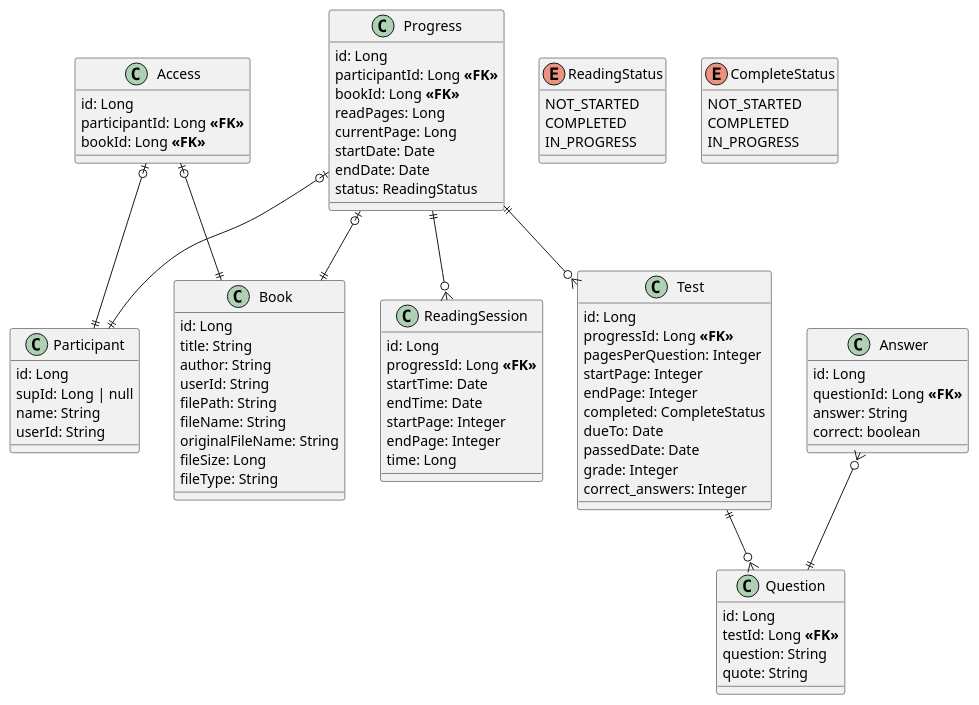
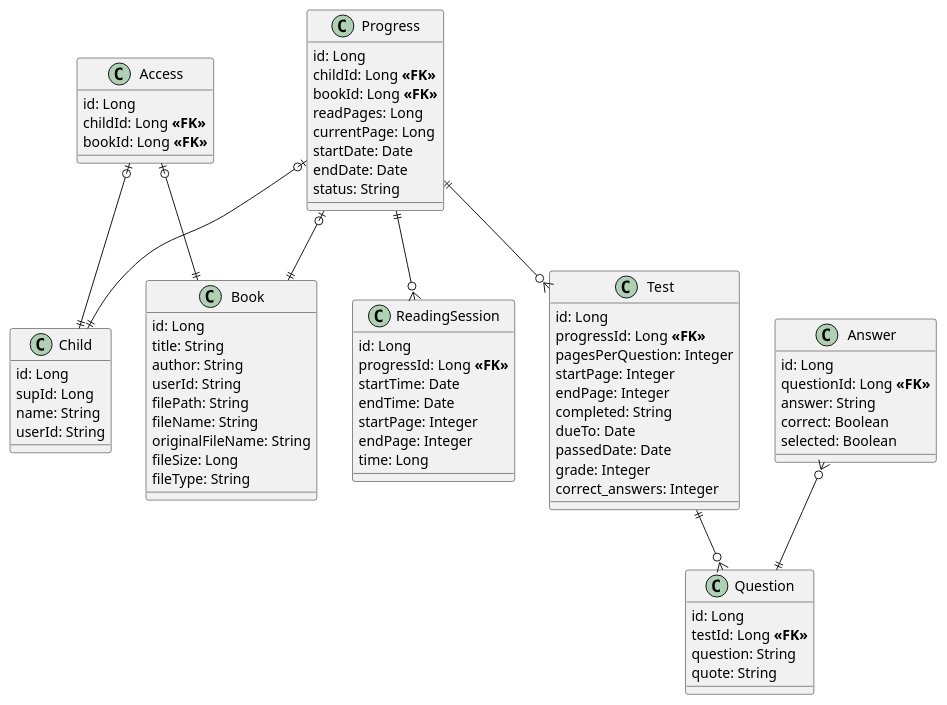
One commit to VlaTal1/reader-ai-java changed the diagram in BOM.puml. Above: the diagram before and after it, drawn with PlantUML.

Commit message:
Update DOM

```diff
--- a/BOM.puml
+++ b/BOM.puml
@@ -1,99 +1,88 @@
 @startuml BOM
 
 class Book {
     id: Long
     title: String
     author: String
     userId: String
     filePath: String
     fileName: String
     originalFileName: String
     fileSize: Long
     fileType: String
 }
 
-class Participant {
+class Child {
     id: Long
-    supId: Long | null
+    supId: Long
     name: String
     userId: String
 }
 
 class Access {
     id: Long
-    participantId: Long **<<FK>>**
+    childId: Long **<<FK>>**
     bookId: Long **<<FK>>**
-}
-
-enum ReadingStatus {
-    NOT_STARTED
-    COMPLETED
-    IN_PROGRESS
 }
 
 class Progress {
     id: Long
-    participantId: Long **<<FK>>**
+    childId: Long **<<FK>>**
     bookId: Long **<<FK>>**
     readPages: Long
     currentPage: Long
     startDate: Date
     endDate: Date
-    status: ReadingStatus
+    status: String
 }
 
 class ReadingSession {
     id: Long
     progressId: Long **<<FK>>**
     startTime: Date
     endTime: Date
     startPage: Integer
     endPage: Integer
     time: Long
 }
 
-enum CompleteStatus {
-    NOT_STARTED
-    COMPLETED
-    IN_PROGRESS
-}
-
 class Test {
     id: Long
     progressId: Long **<<FK>>**
     pagesPerQuestion: Integer
     startPage: Integer
     endPage: Integer
-    completed: CompleteStatus
+    completed: String
     dueTo: Date
     passedDate: Date
     grade: Integer
     correct_answers: Integer
 }
 
 class Question {
     id: Long
     testId: Long **<<FK>>**
     question: String
     quote: String
 }
 
 class Answer {
     id: Long
     questionId: Long **<<FK>>**
     answer: String
-    correct: boolean
+    correct: Boolean
+    selected: Boolean
 }
 
 Access |o--|| Book
-Access |o--|| Participant
+Access |o--|| Child
 
 Progress |o--|| Book
-Progress |o--|| Participant
+Progress |o--|| Child
 Progress ||--o{ ReadingSession
 Progress ||--o{ Test
 
 Test ||--o{ Question
 Answer }o--|| Question
 
 @enduml
```
